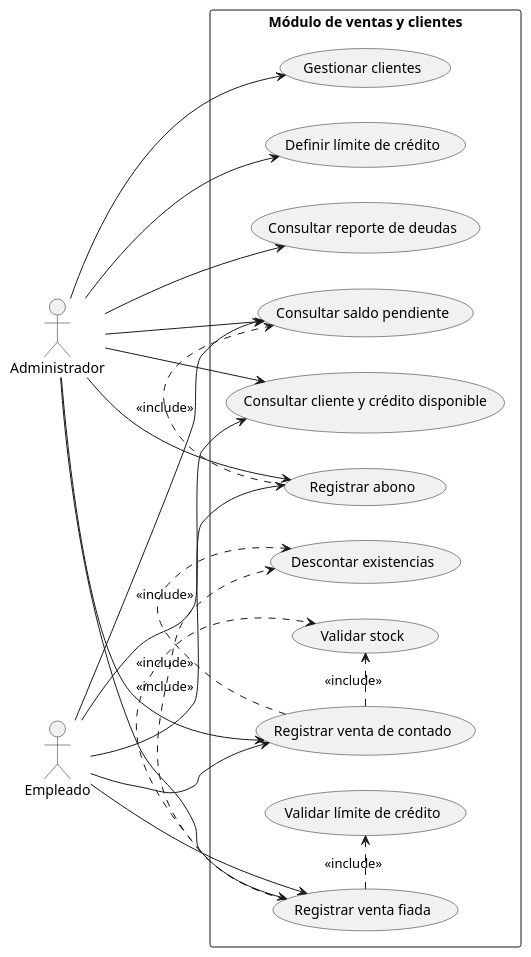
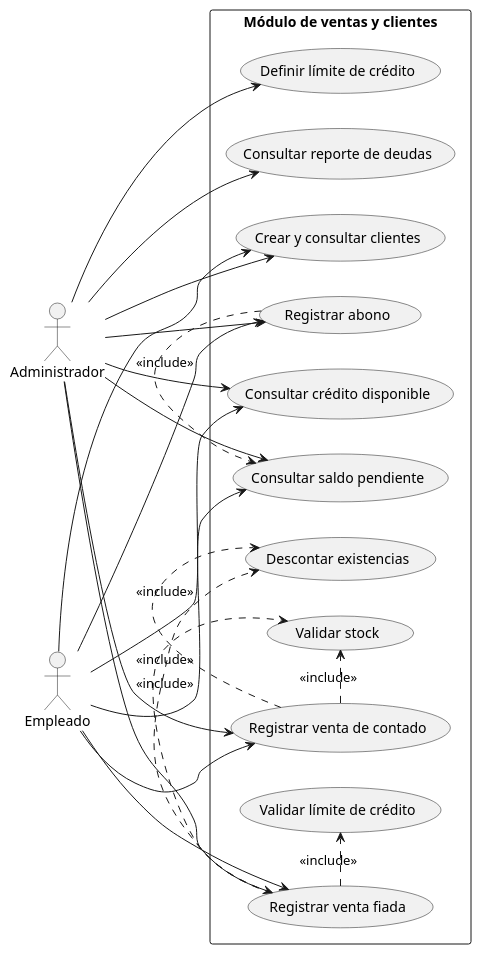
One commit to lysusco/MiniMarketElAhorro changed the third of 6 diagrams in README.md. Above: the diagram before and after it, drawn with PlantUML. The commit also changed other lines of this file, not shown here.

````diff
--- a/README.md
+++ b/README.md
@@ -242,39 +251,40 @@
 ```plantuml
 @startuml
 left to right direction
 actor Administrador as Admin
 actor Empleado
 rectangle "Módulo de ventas y clientes" {
-  usecase "Gestionar clientes" as V1
+  usecase "Crear y consultar clientes" as V1
   usecase "Definir límite de crédito" as V2
-  usecase "Consultar cliente y crédito disponible" as V3
+  usecase "Consultar crédito disponible" as V3
   usecase "Registrar venta de contado" as V4
   usecase "Registrar venta fiada" as V5
   usecase "Validar stock" as V6
   usecase "Validar límite de crédito" as V7
   usecase "Descontar existencias" as V8
   usecase "Registrar abono" as V9
   usecase "Consultar saldo pendiente" as V10
   usecase "Consultar reporte de deudas" as V11
 }
 Admin --> V1
+Empleado --> V1
 Admin --> V2
 Admin --> V3
 Empleado --> V3
 Admin --> V4
 Empleado --> V4
 Admin --> V5
 Empleado --> V5
 Admin --> V9
 Empleado --> V9
 Admin --> V10
 Empleado --> V10
 Admin --> V11
 V4 .> V6 : <<include>>
 V4 .> V8 : <<include>>
 V5 .> V6 : <<include>>
 V5 .> V7 : <<include>>
 V5 .> V8 : <<include>>
 V9 .> V10 : <<include>>
 @enduml
 ```
````
